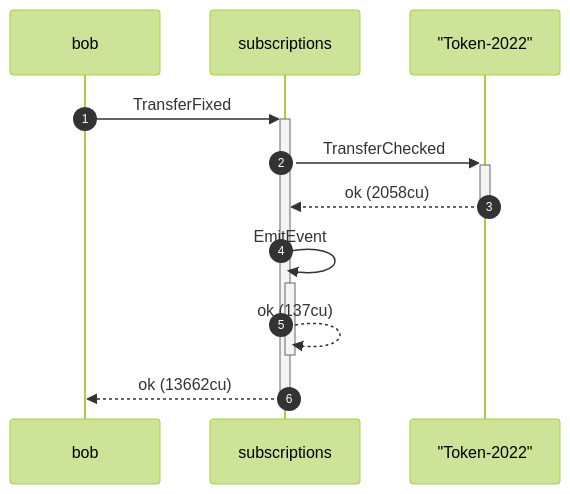
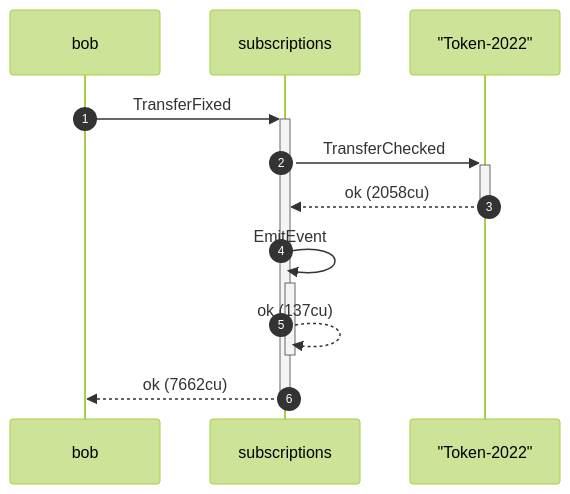
Before and after one commit to cds-rs/subscriptions: the tenth of 12 diagrams in dsl_tests/fixed-transfer-over-a-token-2022-confidential-transfer-mint.md, drawn with Mermaid (forest theme). The commit also changed other lines of this file and 224 other files, not shown here.

````diff
--- a/dsl_tests/fixed-transfer-over-a-token-2022-confidential-transfer-mint.md
+++ b/dsl_tests/fixed-transfer-over-a-token-2022-confidential-transfer-mint.md
@@ -193,13 +202,13 @@
 ```mermaid
 sequenceDiagram
     autonumber
     participant bob
     participant subscriptions
     participant Token_2022 as "Token-2022"
     bob ->>+ subscriptions: TransferFixed
     subscriptions ->>+ Token_2022: TransferChecked
     Token_2022 -->>- subscriptions: ok (2058cu)
     subscriptions ->>+ subscriptions: EmitEvent
     subscriptions -->>- subscriptions: ok (137cu)
-    subscriptions -->>- bob: ok (13662cu)
+    subscriptions -->>- bob: ok (7662cu)
 ```
````
